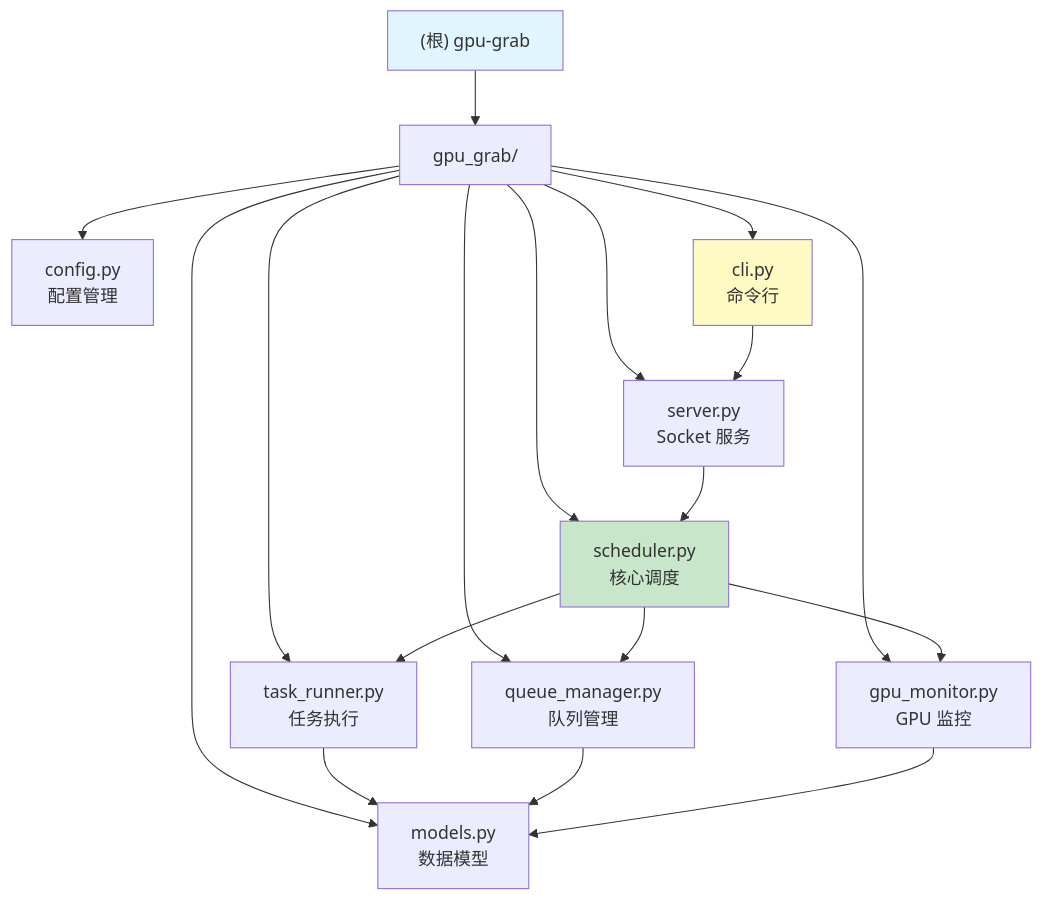
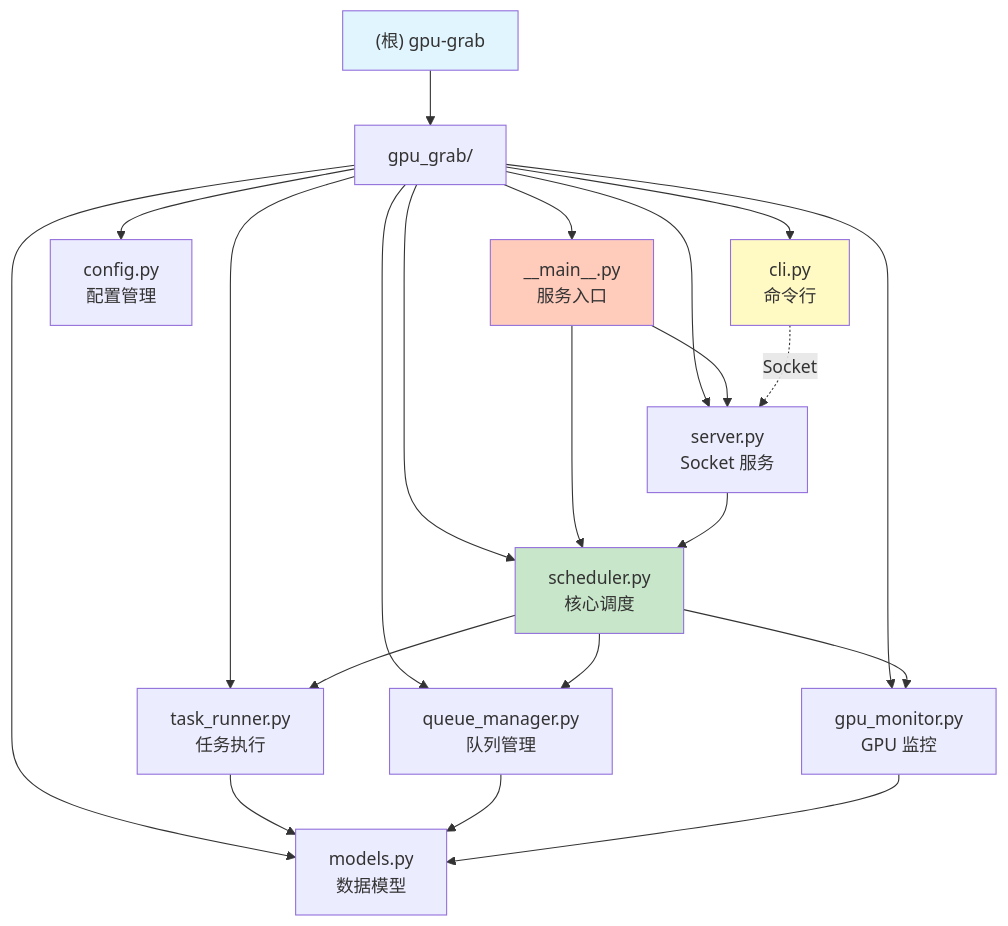
The diagram in CLAUDE.md (hjnnjh/gpu-grab), drawn with Mermaid before and after one commit. The commit also changed other lines of this file and 1 other file, not shown here.

````diff
--- a/CLAUDE.md
+++ b/CLAUDE.md
@@ -63,25 +68,29 @@
 ```mermaid
 graph TD
     A["(根) gpu-grab"] --> B["gpu_grab/"]
+    B --> K["__main__.py<br/>服务入口"]
     B --> C["config.py<br/>配置管理"]
     B --> D["models.py<br/>数据模型"]
     B --> E["gpu_monitor.py<br/>GPU 监控"]
     B --> F["queue_manager.py<br/>队列管理"]
     B --> G["task_runner.py<br/>任务执行"]
     B --> H["scheduler.py<br/>核心调度"]
     B --> I["server.py<br/>Socket 服务"]
     B --> J["cli.py<br/>命令行"]
 
+    K --> H
+    K --> I
     H --> E
     H --> F
     H --> G
     I --> H
-    J --> I
+    J -.->|Socket| I
     G --> D
     F --> D
     E --> D
 
     style A fill:#e1f5fe
+    style K fill:#ffccbc
     style H fill:#c8e6c9
     style J fill:#fff9c4
 ```
````
